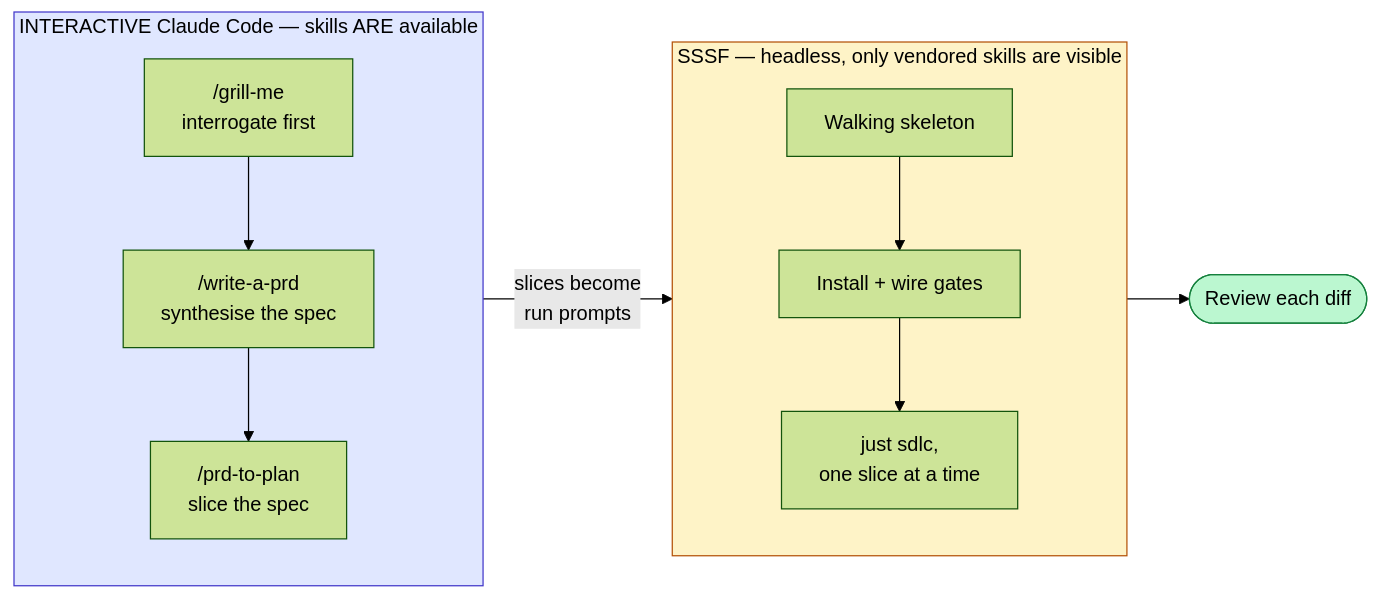
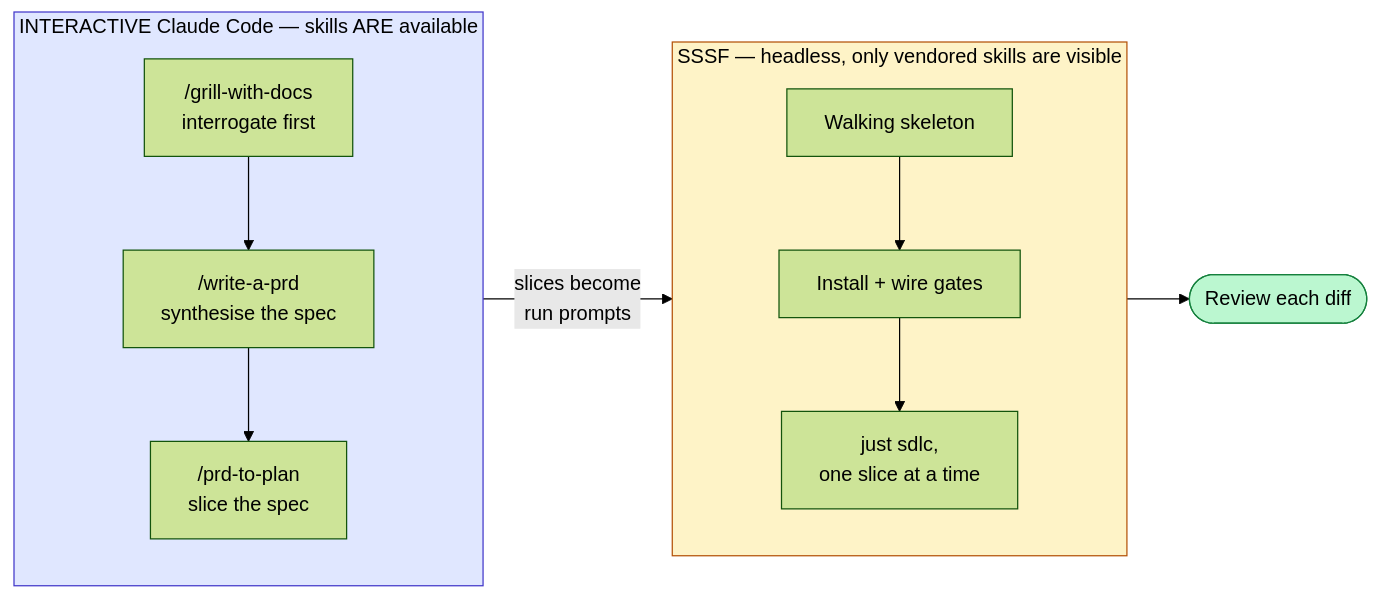
The fourth of 6 diagrams in docs/playbook-adopting-sssf.md (joystick/super-simple-software-factory), drawn with Mermaid (forest theme) before and after one commit. The commit also changed other lines of this file and 1 other file, not shown here.

First line of the commit message:
Standardize on /grill-with-docs, retire /grill-me from the playbook

````diff
--- a/docs/playbook-adopting-sssf.md
+++ b/docs/playbook-adopting-sssf.md
@@ -251,17 +252,17 @@
 ```mermaid
 flowchart LR
     subgraph I["INTERACTIVE Claude Code — skills ARE available"]
         direction TB
-        P1["/grill-me<br/>interrogate first"] --> P2["/write-a-prd<br/>synthesise the spec"] --> P3["/prd-to-plan<br/>slice the spec"]
+        P1["/grill-with-docs<br/>interrogate first"] --> P2["/write-a-prd<br/>synthesise the spec"] --> P3["/prd-to-plan<br/>slice the spec"]
     end
     subgraph S["SSSF — headless, only vendored skills are visible"]
         direction TB
         S1[Walking skeleton] --> S2[Install + wire gates] --> S3[just sdlc,<br/>one slice at a time]
     end
     P3 -->|"slices become<br/>run prompts"| S1
     S3 --> Rev([Review each diff])
 
     style I fill:#e0e7ff,stroke:#4338ca,color:#000
     style S fill:#fef3c7,stroke:#b45309,color:#000
     style Rev fill:#bbf7d0,stroke:#15803d,color:#000
 ```
````
